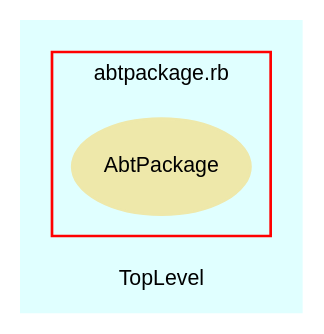
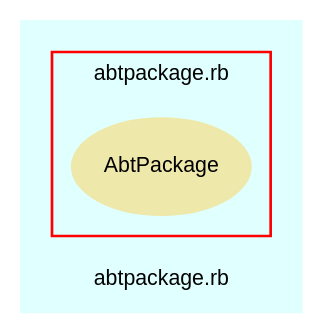
One commit to eschabell/abtlinux changed the diagram in src/trunk/doc/dot/f_3.dot. Above: the diagram before and after it, drawn with Graphviz. The commit also changed 68 other files, not shown here.

```diff
--- a/src/trunk/doc/dot/f_3.dot
+++ b/src/trunk/doc/dot/f_3.dot
@@ -1,28 +1,28 @@
 digraph TopLevel {
     compound = true
     bgcolor = lightcyan1
     fontname = Arial
     fontsize = 8
-    label = "TopLevel"
+    label = "abtpackage.rb"
     node [
         fontname = Arial,
         fontsize = 8,
         color = black
     ]
 
     subgraph cluster_4 {
         fontname = Arial
         color = red
         label = "abtpackage.rb"
         AbtPackage [
             fontcolor = black,
             URL = "classes/AbtPackage.html",
             shape = ellipse,
             color = palegoldenrod,
             style = filled,
             label = "AbtPackage"
         ]
 
     }
 
 }
```
